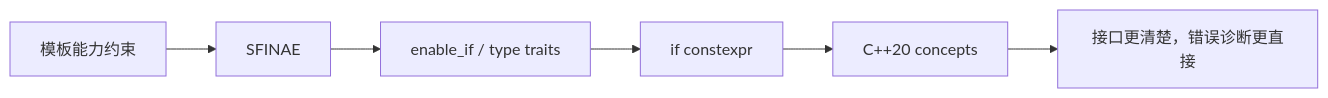
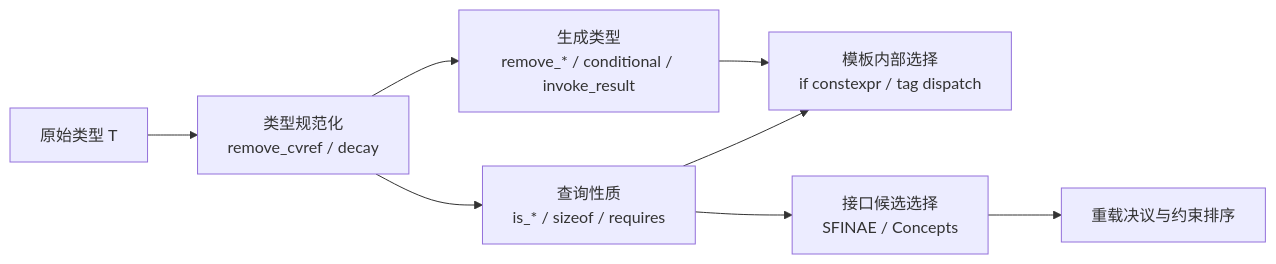
One commit to Fizgrad/fizgrad.github.io changed diagram 14 of 26 in blog/cpp_review.md. Above: the diagram before and after it, drawn with Mermaid. The commit also changed other lines of this file and 27 other files, not shown here.

````diff
--- a/blog/cpp_review.md
+++ b/blog/cpp_review.md
@@ -3868,8 +4118,10 @@
 ```mermaid
 flowchart LR
-    A["模板能力约束"] --> B["SFINAE"]
-    B --> C["enable_if / type traits"]
-    C --> D["if constexpr"]
-    D --> E["C++20 concepts"]
-    E --> F["接口更清楚，错误诊断更直接"]
+    T["原始类型 T"] --> N["类型规范化<br/>remove_cvref / decay"]
+    N --> Q["查询性质<br/>is_* / sizeof / requires"]
+    N --> X["生成类型<br/>remove_* / conditional / invoke_result"]
+    Q --> I["模板内部选择<br/>if constexpr / tag dispatch"]
+    Q --> O["接口候选选择<br/>SFINAE / Concepts"]
+    X --> I
+    O --> R["重载决议与约束排序"]
 ```
````
